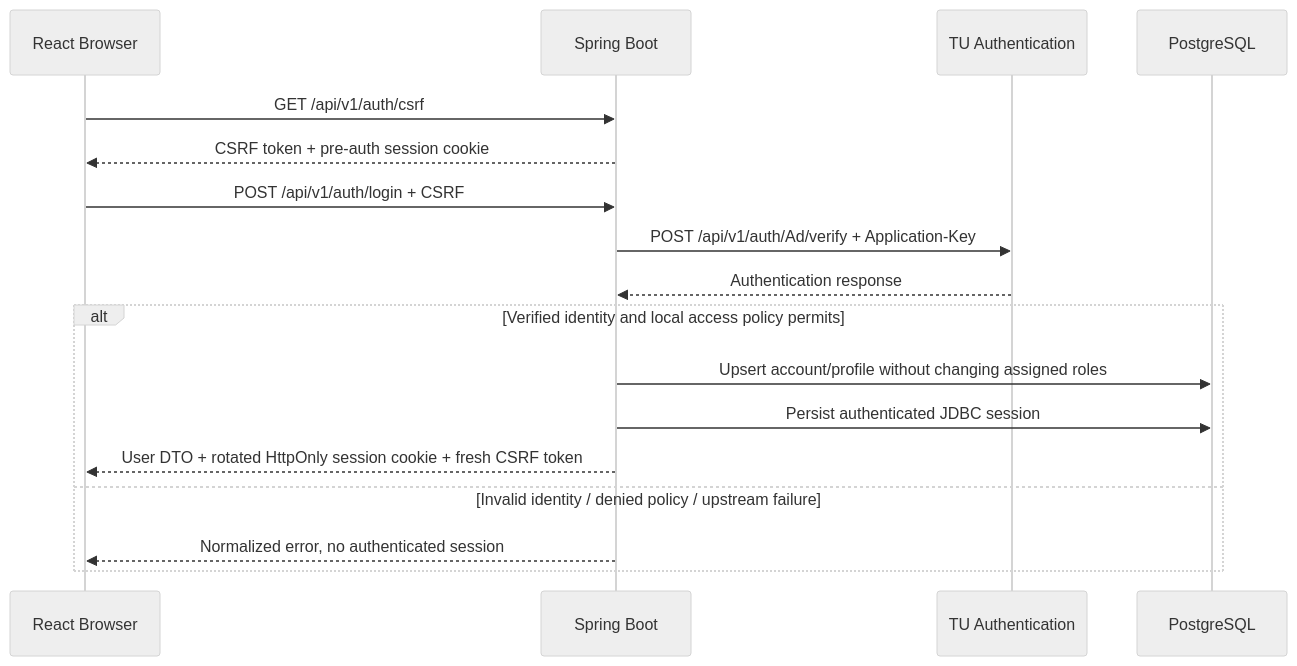
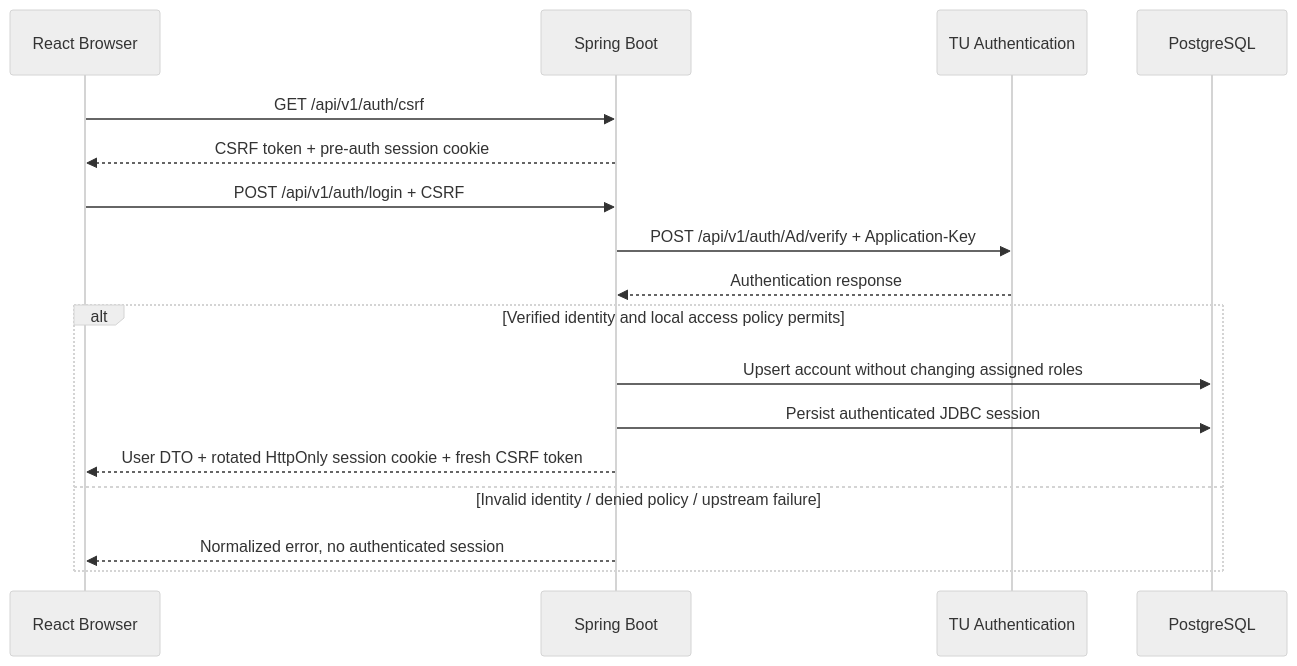
One commit to chanitnan0jr/TU_ClubHub_CS261 changed the diagram in docs/api/TU_API.md. Above: the diagram before and after it, drawn with Mermaid (neutral theme). The commit also changed other lines of this file and 3 other files, not shown here.

````diff
--- a/docs/api/TU_API.md
+++ b/docs/api/TU_API.md
@@ -478,19 +478,19 @@
 ```mermaid
 sequenceDiagram
   participant W as React Browser
   participant B as Spring Boot
   participant T as TU Authentication
   participant D as PostgreSQL
   W->>B: GET /api/v1/auth/csrf
   B-->>W: CSRF token + pre-auth session cookie
   W->>B: POST /api/v1/auth/login + CSRF
   B->>T: POST /api/v1/auth/Ad/verify + Application-Key
   T-->>B: Authentication response
   alt Verified identity and local access policy permits
-    B->>D: Upsert account/profile without changing assigned roles
+    B->>D: Upsert account without changing assigned roles
     B->>D: Persist authenticated JDBC session
     B-->>W: User DTO + rotated HttpOnly session cookie + fresh CSRF token
   else Invalid identity / denied policy / upstream failure
     B-->>W: Normalized error, no authenticated session
   end
 ```
````
